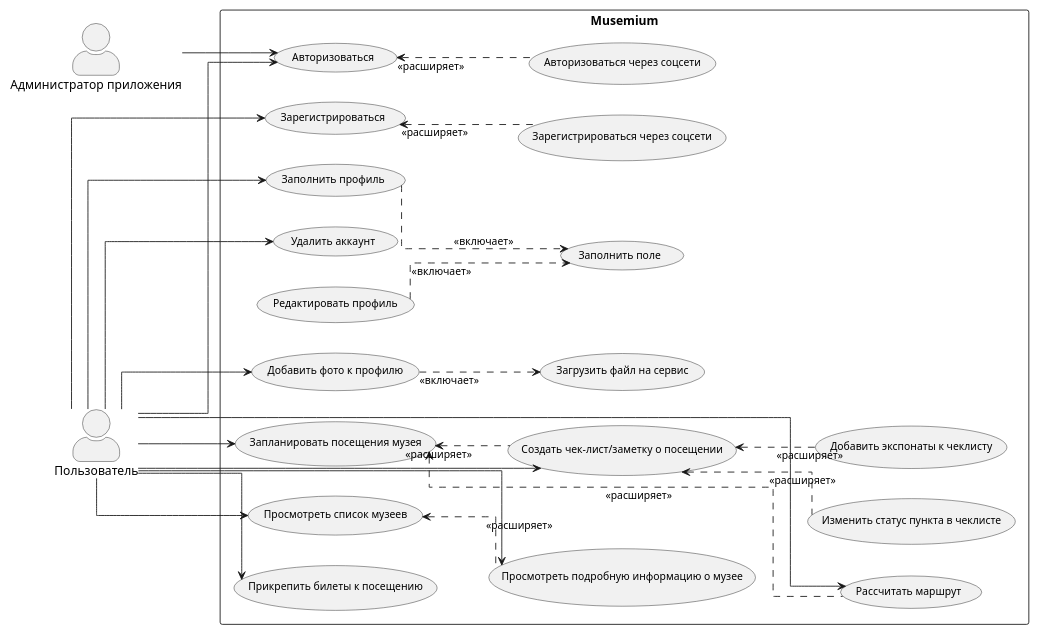
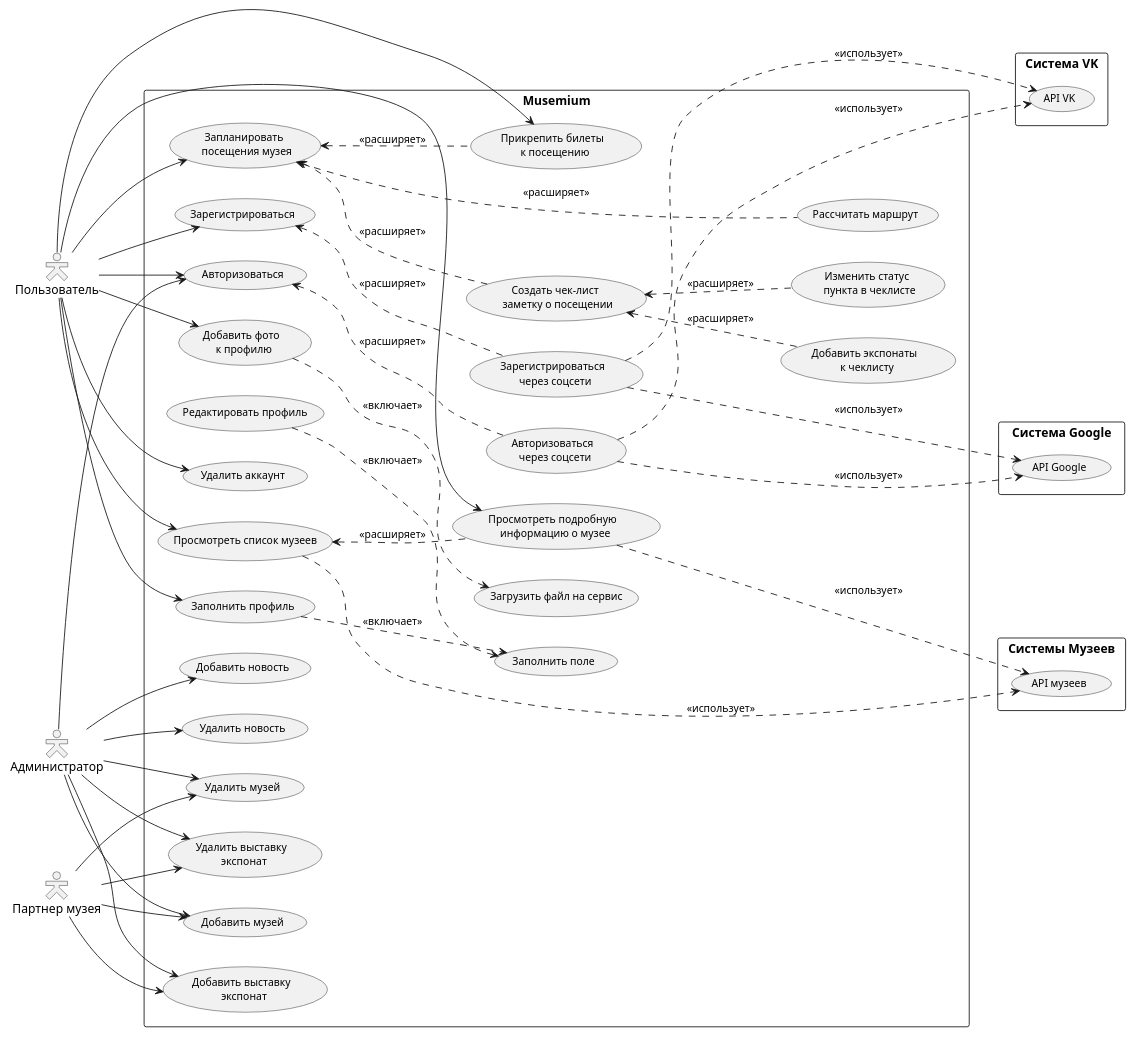
The diagram in diagrams/usecase.puml (SynaxIntelligence/sal), drawn with PlantUML before and after one commit. The commit also changed 22 other files, not shown here.

Commit message:
- updated use case diagram

```diff
--- a/diagrams/usecase.puml
+++ b/diagrams/usecase.puml
@@ -2,74 +2,100 @@
 @startuml
 
 scale 0.9
 
-skinparam linetype ortho
-skinparam actorStyle awesome
+'skinparam linetype ortho
+skinparam actorStyle Hollow
 skinparam ArrowFontSize 12
 skinparam UsecaseFontSize 12
 skinparam Shadowing false
 
 left to right direction
 :Пользователь: as User
-:Администратор приложения: as Admin
+:Администратор: as Admin
+:Партнер музея: as Partner
 
 rectangle Musemium {
     usecase "Заполнить поле" as uc_common_1
     usecase "Зарегистрироваться" as uc_reg_1
-    usecase "Зарегистрироваться через соцсети" as uc_reg_2
+    usecase "Зарегистрироваться \n через соцсети" as uc_reg_2
     usecase "Авторизоваться" as uc_auth_1
-    usecase "Авторизоваться через соцсети" as uc_auth_2
+    usecase "Авторизоваться \n через соцсети" as uc_auth_2
     usecase "Заполнить профиль" as uc_prof_1
-    usecase "Добавить фото к профилю" as uc_prof_2
+    usecase "Добавить фото \n к профилю" as uc_prof_2
     usecase "Загрузить файл на сервис" as uc_prof_2.1
     usecase "Редактировать профиль" as uc_prof_3
     usecase "Удалить аккаунт" as uc_acc_1
     usecase "Просмотреть список музеев" as uc_museum_1
-    usecase "Просмотреть подробную информацию о музее" as uc_museum_2
-    usecase "Запланировать посещения музея" as uc_museum_3
-    usecase "Прикрепить билеты к посещению" as uc_tckt_1
-    usecase "Создать чек-лист/заметку о посещении" as uc_chcklst_1
-    usecase "Добавить экспонаты к чеклисту" as uc_chcklst_2
-    usecase "Изменить статус пункта в чеклисте" as uc_chcklst_3
+    usecase "Просмотреть подробную \n информацию о музее" as uc_mus_det_1
+    usecase "Запланировать \n посещения музея" as uc_mus_plan_1
+    usecase "Прикрепить билеты \n к посещению" as uc_tckt_1
+    usecase "Создать чек-лист \n заметку о посещении" as uc_chcklst_1
+    usecase "Добавить экспонаты \n к чеклисту" as uc_chcklst_2
+    usecase "Изменить статус \n пункта в чеклисте" as uc_chcklst_3
     usecase "Рассчитать маршрут" as uc_route_1
+
+    usecase "Добавить музей" as uc_add_mus_1
+    usecase "Добавить выставку \n экспонат" as uc_add_exh_1
+    usecase "Добавить новость" as uc_add_news_1
+
+    usecase "Удалить музей" as uc_del_mus_1
+    usecase "Удалить выставку \n экспонат" as uc_del_exh_1
+    usecase "Удалить новость" as uc_del_news_1
+}
+
+rectangle "Система VK" {
+    usecase "API VK" as uc_api_vk
+}
+
+rectangle "Система Google" {
+    usecase "API Google" as uc_api_google
+}
+
+rectangle "Системы Музеев" {
+    usecase "API музеев" as uc_api_mus
 }
 
 uc_auth_1 <-. uc_auth_2: <<расширяет>>
 uc_reg_1 <-. uc_reg_2: <<расширяет>>
 uc_prof_2 .-> uc_prof_2.1: <<включает>>
 uc_prof_1 .-> uc_common_1: <<включает>>
 uc_prof_3 .-> uc_common_1: <<включает>>
 uc_chcklst_1 <-. uc_chcklst_2: <<расширяет>>
 uc_chcklst_1 <-. uc_chcklst_3: <<расширяет>>
-uc_museum_1 <-. uc_museum_2: <<расширяет>>
-uc_museum_3 <--. uc_route_1: <<расширяет>>
-uc_museum_3 <-. uc_chcklst_1: <<расширяет>>
+uc_museum_1 <-. uc_mus_det_1: <<расширяет>>
+uc_mus_plan_1 <--. uc_route_1: <<расширяет>>
+uc_mus_plan_1 <-. uc_chcklst_1: <<расширяет>>
+uc_mus_plan_1 <-. uc_tckt_1: <<расширяет>>
+
+uc_museum_1 .--> uc_api_mus: <<использует>>
+uc_mus_det_1 .--> uc_api_mus: <<использует>>
+
+uc_reg_2 .--> uc_api_vk: <<использует>>
+uc_reg_2 .--> uc_api_google: <<использует>>
+uc_auth_2 .--> uc_api_vk: <<использует>>
+uc_auth_2 .--> uc_api_google: <<использует>>
 
 User --> uc_auth_1
 User --> uc_reg_1
 User --> uc_prof_1
 User --> uc_prof_2
 User --> uc_acc_1
 User --> uc_museum_1
-User --> uc_museum_2
-User --> uc_museum_3
+User --> uc_mus_det_1
+User --> uc_mus_plan_1
 User --> uc_tckt_1
-User --> uc_chcklst_1
-User --> uc_route_1
 
 Admin --> uc_auth_1
+Admin --> uc_add_mus_1
+Admin --> uc_add_exh_1
+Admin --> uc_add_news_1
+Admin --> uc_del_mus_1
+Admin --> uc_del_exh_1
+Admin --> uc_del_news_1
 
-'Employee --> Просмотр списка музеев
-'Employee --> Просмотр подробной информации о музее
-'Employee --> Планирование посещения музея
-'
-'Admin --> Авторизация в приложении
-'Admin --> Регистрация нового пользователя
-'Admin --> Просмотр списка музеев
-'Admin --> Просмотр подробной информации о музее
-'Admin --> Планирование посещения музея
-'Admin --> Прикрепление билетов к посещению
-'Admin --> Создание чек-листа/заметки о посещении
-'Admin --> Просмотр ленты новостей о выставках
-'Admin --> Просмотр запланированных визитов
+Partner --> uc_add_mus_1
+Partner --> uc_add_exh_1
+Partner --> uc_del_mus_1
+Partner --> uc_del_exh_1
+
 @enduml
```
